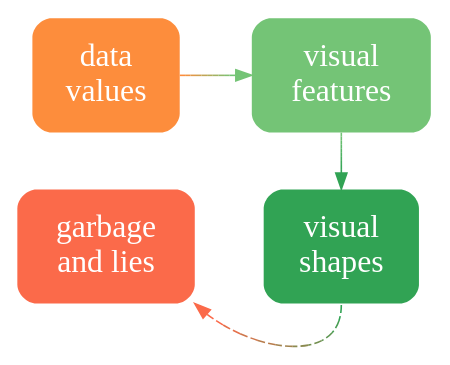
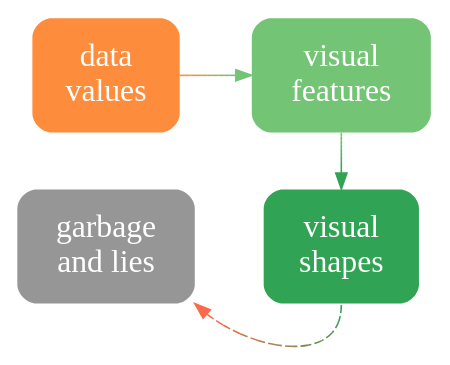
One commit to pmur002/hdvw changed the diagram in Diagrams/data-vis-shape-lie.dot. Above: the diagram before and after it, drawn with Graphviz. The commit also changed 277 other files, not shown here.

```diff
--- a/Diagrams/data-vis-shape-lie.dot
+++ b/Diagrams/data-vis-shape-lie.dot
@@ -1,15 +1,15 @@
 digraph {
   graph [ rankdir=LR; margin=.2; nodesep=.5 ];
   node [ fontsize=20; fontname="sans bold"; margin=.2 ];
   data [ label="data\nvalues"; shape=box; style="filled, rounded"; penwidth=0; fontcolor=white; fillcolor="#FD8D3C" ]
-  lie [ label="garbage\nand lies"; shape=box; style="filled, rounded"; penwidth=0; fontcolor=white; fillcolor="#FB6A4A" ]
+  lie [ label="garbage\nand lies"; shape=box; style="filled, rounded"; penwidth=0; fontcolor=white; fillcolor="#969696" ]
   vis [ label="visual\nfeatures"; shape=box;
      style="filled, rounded"; penwidth=0; fontcolor=white; fillcolor="#74C476" ]
   shape [ label="visual\nshapes"; shape=box;
        style="filled, rounded"; penwidth=0; fontcolor=white; fillcolor="#31A354" ]
   data -> vis [ color="#FD8D3C;0.1:#EE9342;0.1:#DF9949;0.1:#CF9F4F;0.1:#C0A556;0.1:#B1AC5C;0.1:#A2B263;0.1:#92B869;0.1:#83BE70;0.1:#74C476;0.1" ]
   vis -> shape [ color="#74C476;0.1:#6DC072;0.1:#65BD6E;0.1:#5EB96B;0.1:#56B567;0.1:#4FB263;0.1:#47AE5F;0.1:#40AA5C;0.1:#38A758;0.1:#31A354;0.1" ]
   shape:s -> lie:se [ style="dashed", color="#31A354;0.1:#479D53;0.1:#5E9652;0.1:#749051;0.1:#8B8A50;0.1:#A1834E;0.1:#B87D4D;0.1:#CE774C;0.1:#E5704B;0.1:#FB6A4A;0.1" ]
 { rank=same; data, lie }
 { rank=same; vis, shape }
 }
```
